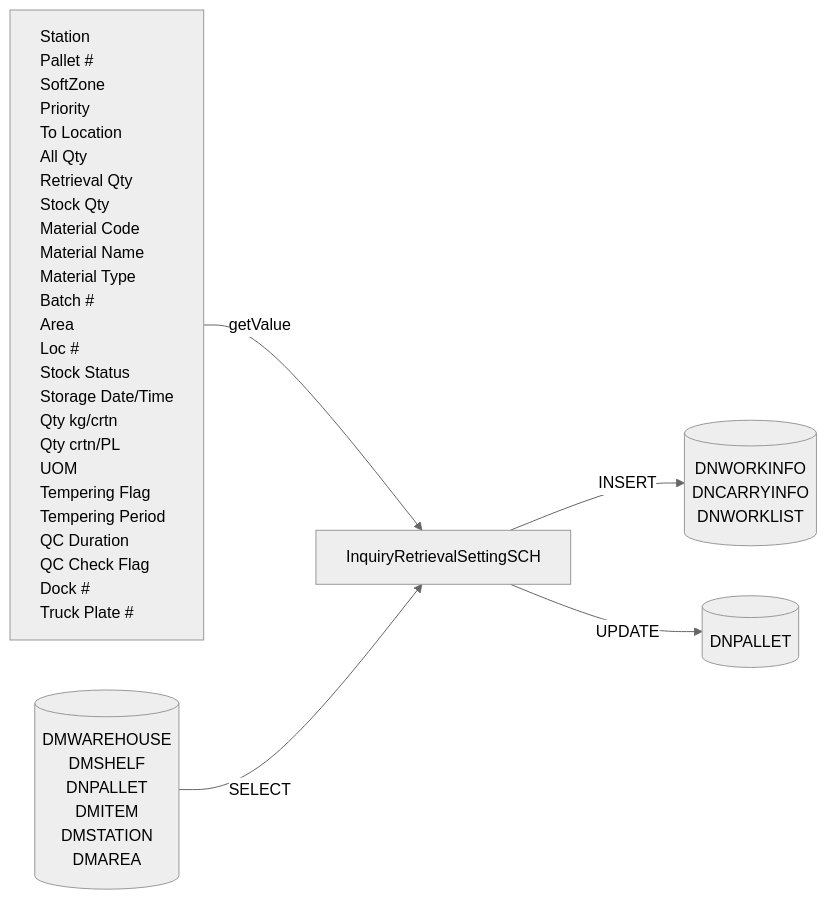
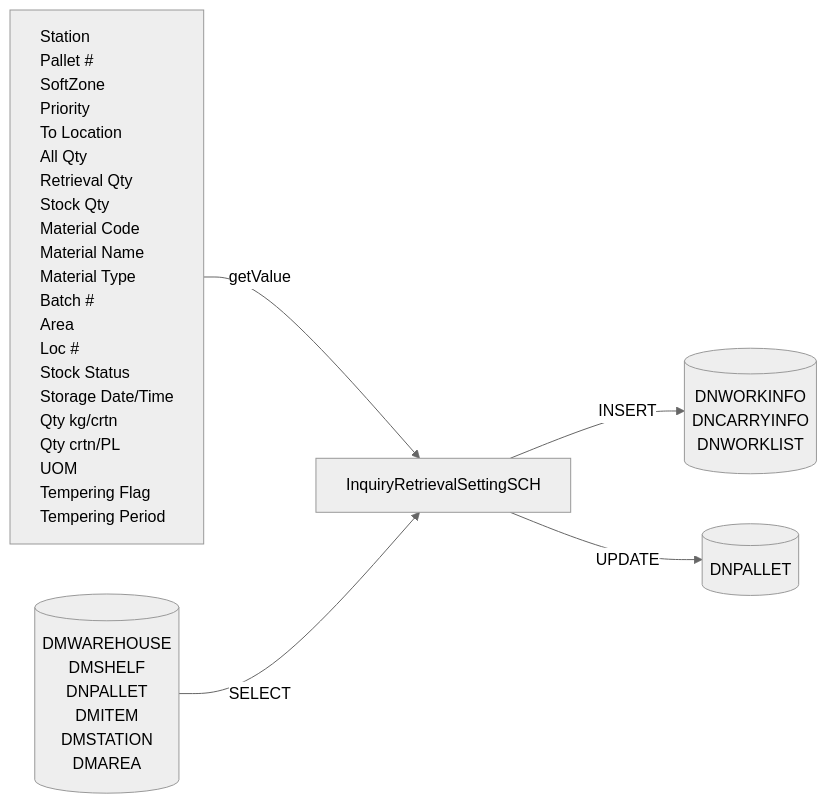
One commit to luthfiadityaa/SimeDarby-Wiki changed the second of 7 diagrams in Basic-Design/DFD-WMS/Retrieval/Unplanned-Retrieval-from-OP-Area-(PKG).md. Above: the diagram before and after it, drawn with Mermaid (neutral theme). The commit also changed other lines of this file and 1 other file, not shown here.

```diff
--- a/Basic-Design/DFD-WMS/Retrieval/Unplanned-Retrieval-from-OP-Area-(PKG).md
+++ b/Basic-Design/DFD-WMS/Retrieval/Unplanned-Retrieval-from-OP-Area-(PKG).md
@@ -73,58 +73,54 @@
 ::: mermaid
 flowchart LR
     input[
         Station
         Pallet #
         SoftZone
         Priority
         To Location
         All Qty
         Retrieval Qty
         Stock Qty
         Material Code
         Material Name
         Material Type
         Batch #
         Area
         Loc #
         Stock Status
         Storage Date/Time
         Qty kg/crtn
         Qty crtn/PL
         UOM
         Tempering Flag
         Tempering Period
-        QC Duration
-        QC Check Flag
-        Dock #
-        Truck Plate #  
     ]
 
     tableList-insert[("
         DNWORKINFO
         DNCARRYINFO
         DNWORKLIST
     ")]
 
      tableList-select[("
         DMWAREHOUSE
         DMSHELF
         DNPALLET
         DMITEM
         DMSTATION
         DMAREA
     ")]
 
     tableList-update[("
         DNPALLET
     ")]
 
     className[InquiryRetrievalSettingSCH]
     className--> |INSERT| tableList-insert
     input --> |getValue| className 
     className --> |UPDATE| tableList-update
     tableList-select --> |SELECT| className
 
     classDef leftAlign text-align:left;
     class input leftAlign;
 :::
```
